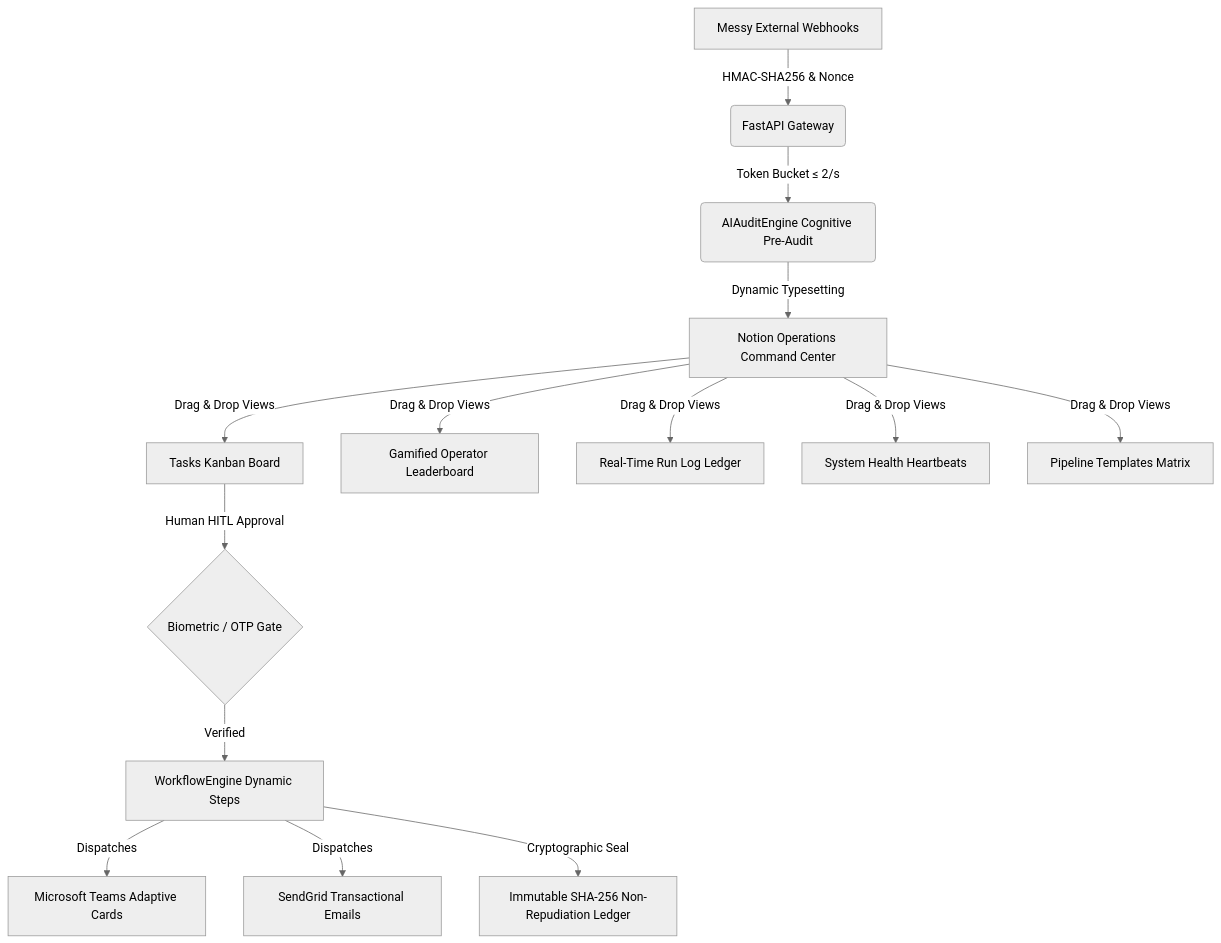
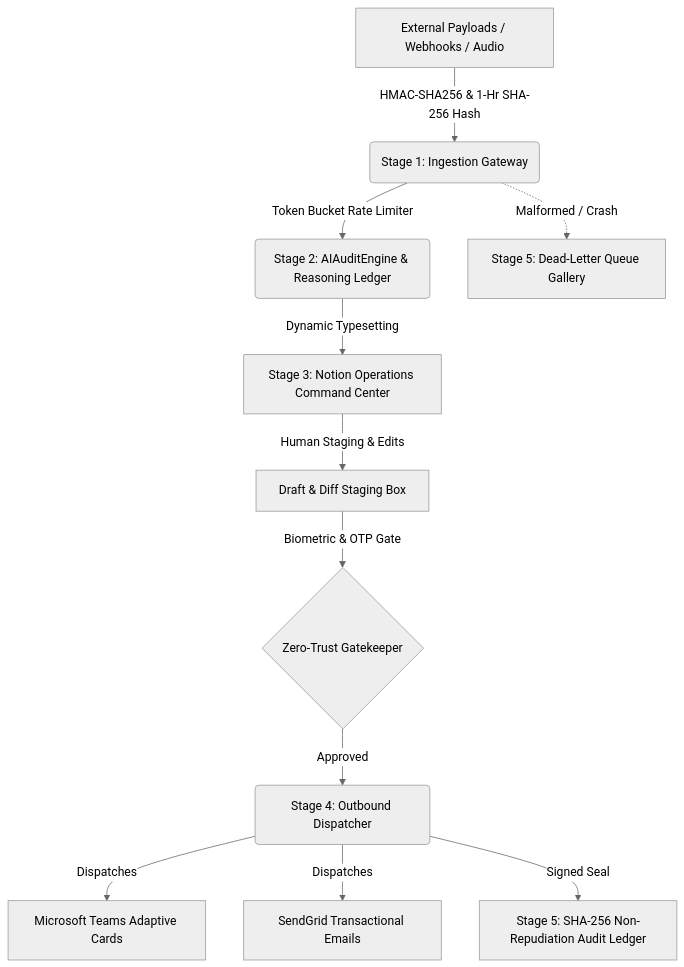
One commit to aryansharmacse354-beep/Notion-Tracker changed the diagram in README.md. Above: the diagram before and after it, drawn with Mermaid (neutral theme). The commit also changed other lines of this file and 18 other files, not shown here.

Commit message:
feat: update Notion Tracker with enterprise zero-trust HITL, verification scripts, and multi-modal voice/audit engines

````diff
--- a/README.md
+++ b/README.md
@@ -25,16 +31,13 @@
 ```mermaid
 graph TD
-    A[Messy External Webhooks] -->|HMAC-SHA256 & Nonce| B(FastAPI Gateway)
-    B -->|Token Bucket ≤ 2/s| C(AIAuditEngine Cognitive Pre-Audit)
-    C -->|Dynamic Typesetting| D[Notion Operations Command Center]
-    D -->|Drag & Drop Views| E1[Tasks Kanban Board]
-    D -->|Drag & Drop Views| E2[Gamified Operator Leaderboard]
-    D -->|Drag & Drop Views| E3[Real-Time Run Log Ledger]
-    D -->|Drag & Drop Views| E4[System Health Heartbeats]
-    D -->|Drag & Drop Views| E5[Pipeline Templates Matrix]
-    E1 -->|Human HITL Approval| F{Biometric / OTP Gate}
-    F -->|Verified| G[WorkflowEngine Dynamic Steps]
+    A[External Payloads / Webhooks / Audio] -->|HMAC-SHA256 & 1-Hr SHA-256 Hash| B(Stage 1: Ingestion Gateway)
+    B -->|Token Bucket Rate Limiter| C(Stage 2: AIAuditEngine & Reasoning Ledger)
+    C -->|Dynamic Typesetting| D[Stage 3: Notion Operations Command Center]
+    D -->|Human Staging & Edits| E[Draft & Diff Staging Box]
+    E -->|Biometric & OTP Gate| F{Zero-Trust Gatekeeper}
+    F -->|Approved| G(Stage 4: Outbound Dispatcher)
     G -->|Dispatches| H1[Microsoft Teams Adaptive Cards]
     G -->|Dispatches| H2[SendGrid Transactional Emails]
-    G -->|Cryptographic Seal| H3[Immutable SHA-256 Non-Repudiation Ledger]
+    G -->|Signed Seal| H3[Stage 5: SHA-256 Non-Repudiation Audit Ledger]
+    B -.->|Malformed / Crash| DLQ[Stage 5: Dead-Letter Queue Gallery]
 ```
````
